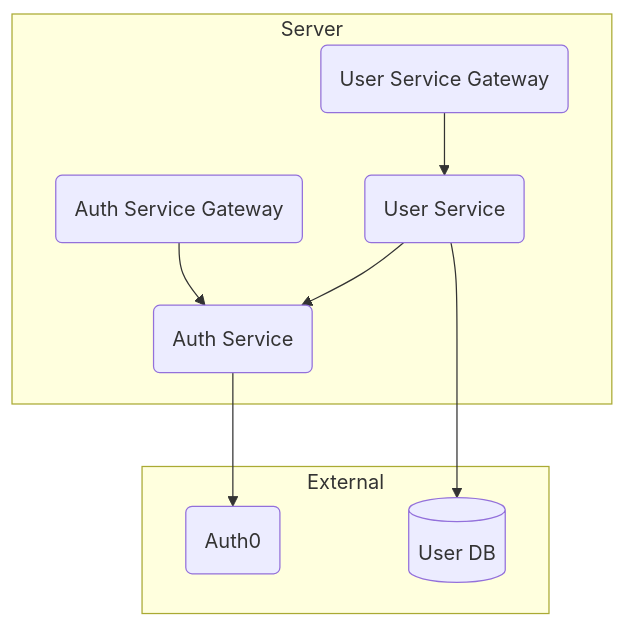
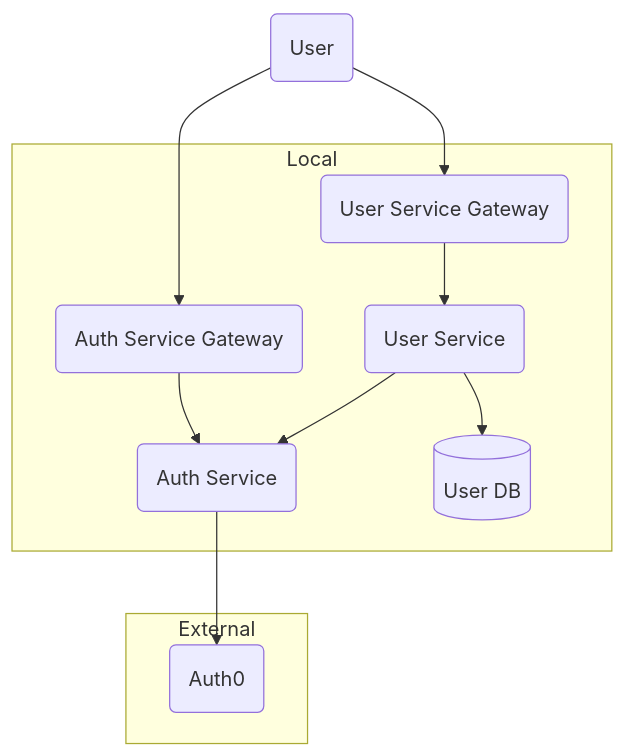
One commit to qkitzero/microservices-architecture-demo changed the diagram in README.md. Above: the diagram before and after it, drawn with Mermaid.

Commit message:
update: readme (#23)

````diff
--- a/README.md
+++ b/README.md
@@ -6,21 +6,27 @@
 ```mermaid
 flowchart TD
-    subgraph server[Server]
+    user(User)
+
+    subgraph local[Local]
         auth_service(Auth Service)
         auth_service_gateway(Auth Service Gateway)
         user_service(User Service)
         user_service_gateway(User Service Gateway)
+
+        user_db[(User DB)]
     end
 
     subgraph external[External]
         auth0(Auth0)
-        user_db[(User DB)]
     end
+
+    user --> auth_service_gateway
+    user --> user_service_gateway
 
     auth_service_gateway --> auth_service --> auth0
     user_service_gateway --> user_service
 
     user_service --> auth_service
 
     user_service --> user_db
 ```
````
